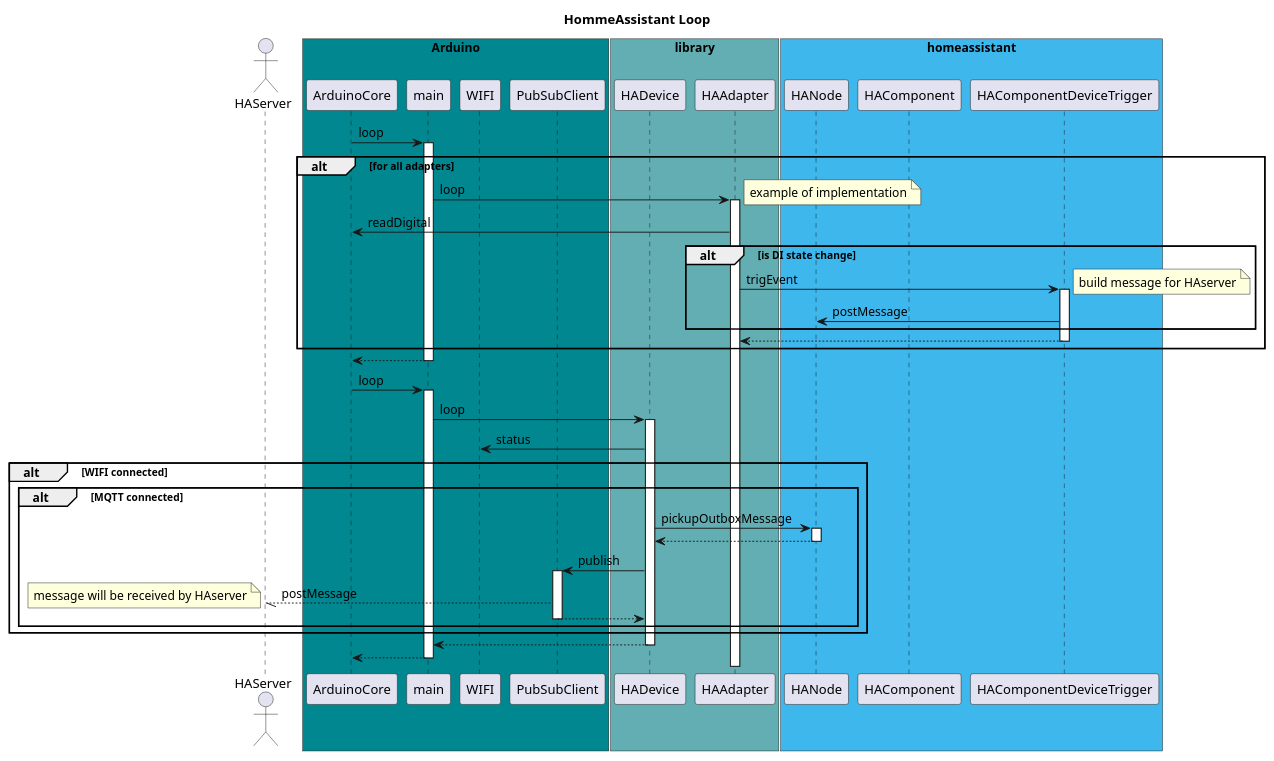
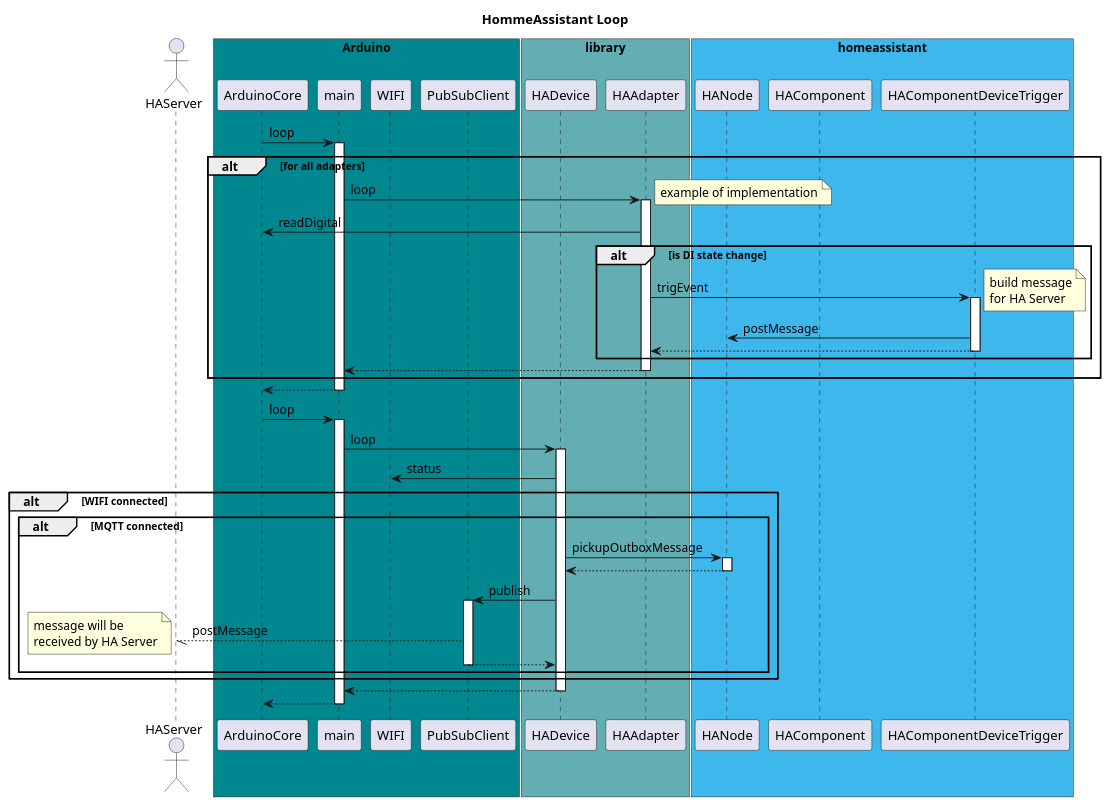
Before and after one commit to SBKila/homeassistantlibrary: the diagram in doc/src/SD_HAMessage_UpStream_plantUML.puml, drawn with PlantUML. The commit also changed 3 other files, not shown here.

```diff
--- a/doc/src/SD_HAMessage_UpStream_plantUML.puml
+++ b/doc/src/SD_HAMessage_UpStream_plantUML.puml
@@ -1,71 +1,72 @@
 @startuml
 title HommeAssistant Loop
 
 actor HAServer
 
 
 box "Arduino" #00878F
 participant ArduinoCore
 participant main
 participant WIFI
 participant PubSubClient
 end box
 
 box "library" #62AEB2
 participant HADevice
 participant HAAdapter
 end box
 
-box "homeassistant" #3eb7ed 
+box "homeassistant" #3eb7ed
 participant HANode
 participant HAComponent
 participant HAComponentDeviceTrigger
 end box
 
 ArduinoCore->main : loop
 activate main
 
 alt for all adapters
-main->HAAdapter : loop
-activate HAAdapter
-note right : example of implementation
-HAAdapter->ArduinoCore : readDigital
-alt is DI state change
-HAAdapter->HAComponentDeviceTrigger : trigEvent
-activate HAComponentDeviceTrigger
-note right : build message for HAserver
-HAComponentDeviceTrigger->HANode : postMessage
-end
-return
+    main->HAAdapter : loop
+    activate HAAdapter
+    note right : example of implementation
+    HAAdapter->ArduinoCore : readDigital
+    alt is DI state change
+        HAAdapter->HAComponentDeviceTrigger : trigEvent
+        activate HAComponentDeviceTrigger
+        note right : build message\nfor HA Server
+        HAComponentDeviceTrigger->HANode : postMessage
+        return
+    end
+    return
 end
 
 ArduinoCore<--main :
 deactivate main
 
 ArduinoCore->main : loop
 activate main
-	main->HADevice : loop
-    activate HADevice
+main->HADevice : loop
+activate HADevice
 
-	HADevice->WIFI : status
- 	alt WIFI connected
+HADevice->WIFI : status
+alt WIFI connected
     alt MQTT connected
 
-      HADevice->HANode:pickupOutboxMessage
-      activate HANode
-      HADevice<--HANode:
-      deactivate HANode
-      HADevice->PubSubClient:publish
-      activate PubSubClient
-      HAServer\\--PubSubClient:postMessage
-      note left : message will be received by HAserver
-      return
+        HADevice->HANode:pickupOutboxMessage
+        activate HANode
+        HADevice<--HANode:
+        deactivate HANode
+        HADevice->PubSubClient:publish
+        activate PubSubClient
+        HAServer\\--PubSubClient:postMessage
+        note left : message will be\nreceived by HA Server
+        return
 
-	end
     end
+end
 
-    return
+return
 return
 
 
 @enduml
```
